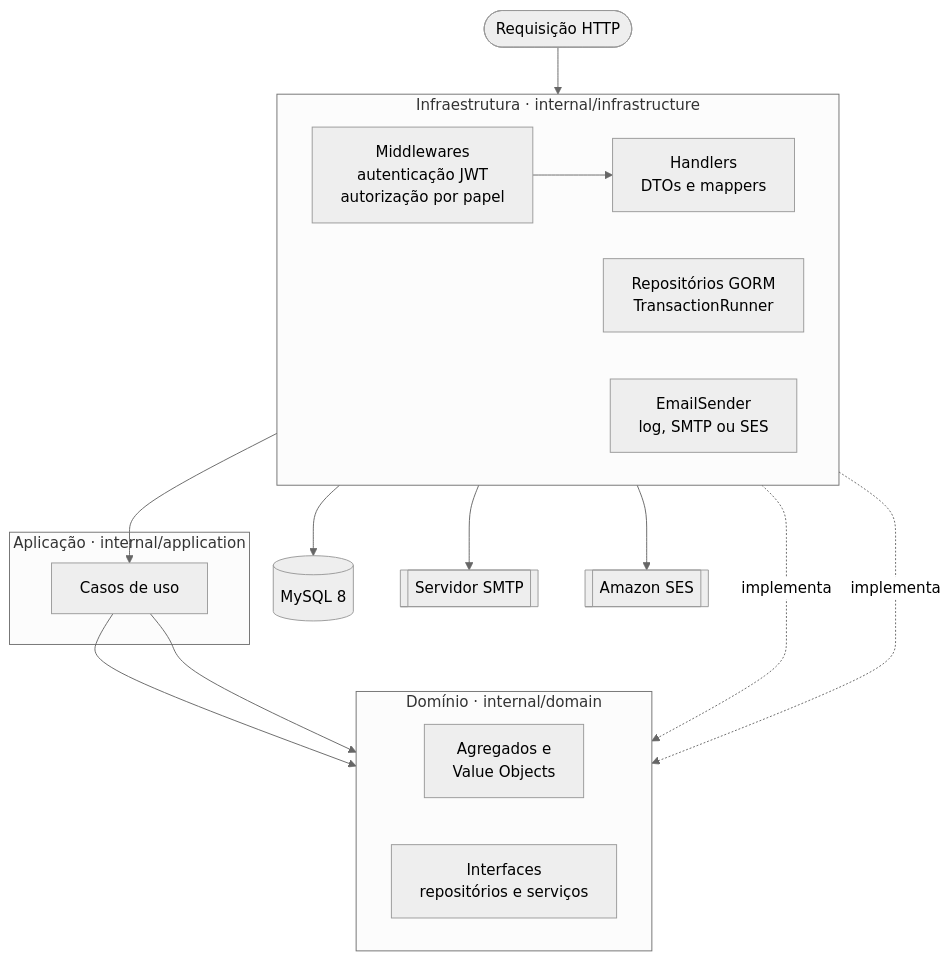
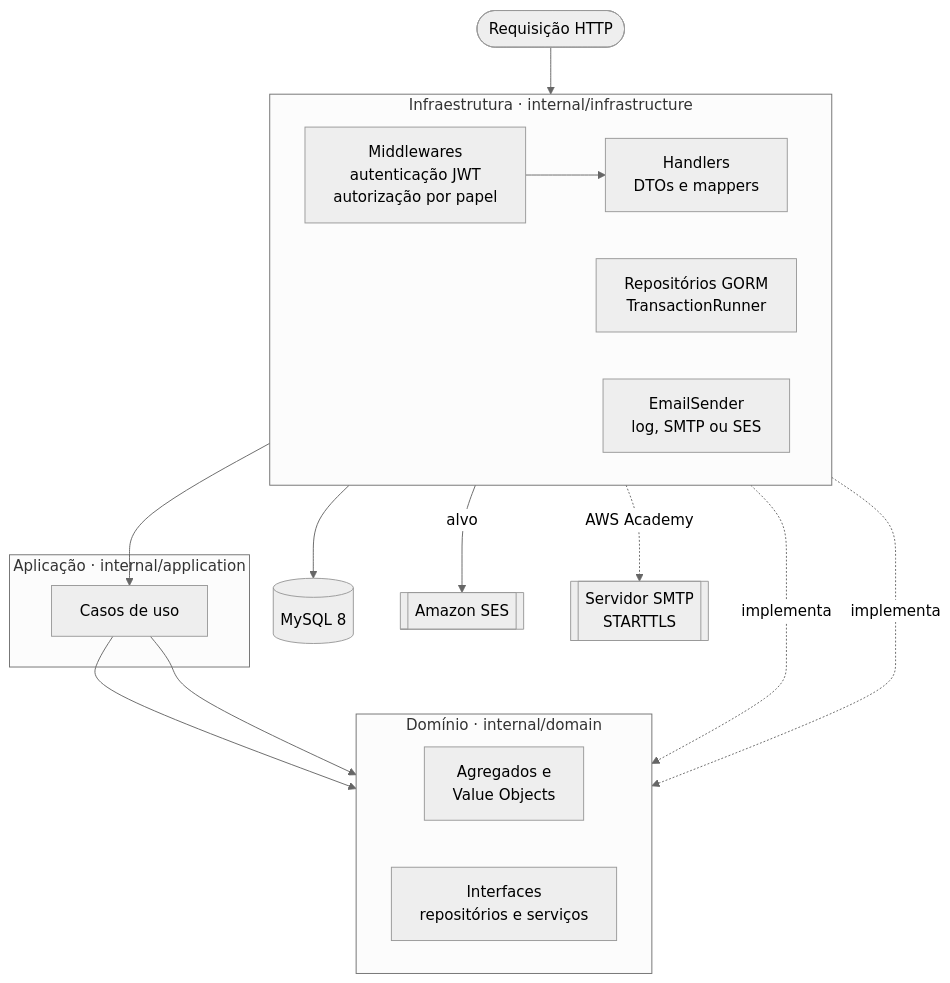
The first of 4 diagrams in README.md (muriloperosa/soat-architecture), drawn with Mermaid (neutral theme) before and after one commit. The commit also changed other lines of this file and 7 other files, not shown here.

Commit message:
docs: position Amazon SES as target and SMTP as AWS Academy fallback

````diff
--- a/README.md
+++ b/README.md
@@ -58,32 +58,32 @@
 ```mermaid
 flowchart TB
     req(["Requisição HTTP"]) --> mw
 
     subgraph infra["Infraestrutura · internal/infrastructure"]
         direction LR
         mw["Middlewares<br/>autenticação JWT<br/>autorização por papel"]
         handlers["Handlers<br/>DTOs e mappers"]
         persist["Repositórios GORM<br/>TransactionRunner"]
         email["EmailSender<br/>log, SMTP ou SES"]
         mw --> handlers
     end
 
     subgraph app["Aplicação · internal/application"]
         uc["Casos de uso"]
     end
 
     subgraph dom["Domínio · internal/domain"]
         direction LR
         ent["Agregados e<br/>Value Objects"]
         ports["Interfaces<br/>repositórios e serviços"]
     end
 
     handlers --> uc
     uc --> ent
     uc --> ports
     persist -. implementa .-> ports
     email -. implementa .-> ports
     persist --> db[("MySQL 8")]
-    email --> smtp[["Servidor SMTP"]]
-    email --> ses[["Amazon SES"]]
+    email -->|alvo| ses[["Amazon SES"]]
+    email -.->|AWS Academy| smtp[["Servidor SMTP<br/>STARTTLS"]]
 ```
````
